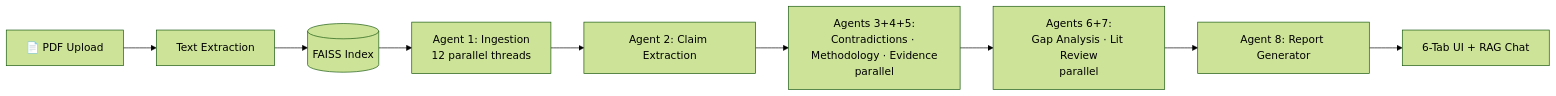
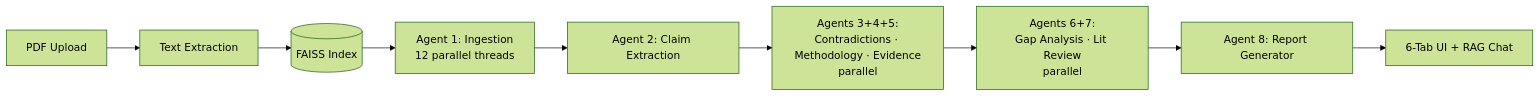
Before and after one commit to sjagannathan17/litlens: the diagram in README.md, drawn with Mermaid (forest theme). The commit also changed other lines of this file, not shown here.

````diff
--- a/README.md
+++ b/README.md
@@ -37,11 +37,11 @@
 ```mermaid
 flowchart LR
-    Upload[📄 PDF Upload] --> Extract[Text Extraction]
+    Upload[ PDF Upload] --> Extract[Text Extraction]
     Extract --> FAISS[(FAISS Index)]
     FAISS --> A1[Agent 1: Ingestion<br/>12 parallel threads]
     A1 --> A2[Agent 2: Claim Extraction]
     A2 --> A345[Agents 3+4+5:<br/>Contradictions · Methodology · Evidence<br/>parallel]
     A345 --> A67[Agents 6+7:<br/>Gap Analysis · Lit Review<br/>parallel]
     A67 --> A8[Agent 8: Report Generator]
     A8 --> UI[6-Tab UI + RAG Chat]
 ```
````
